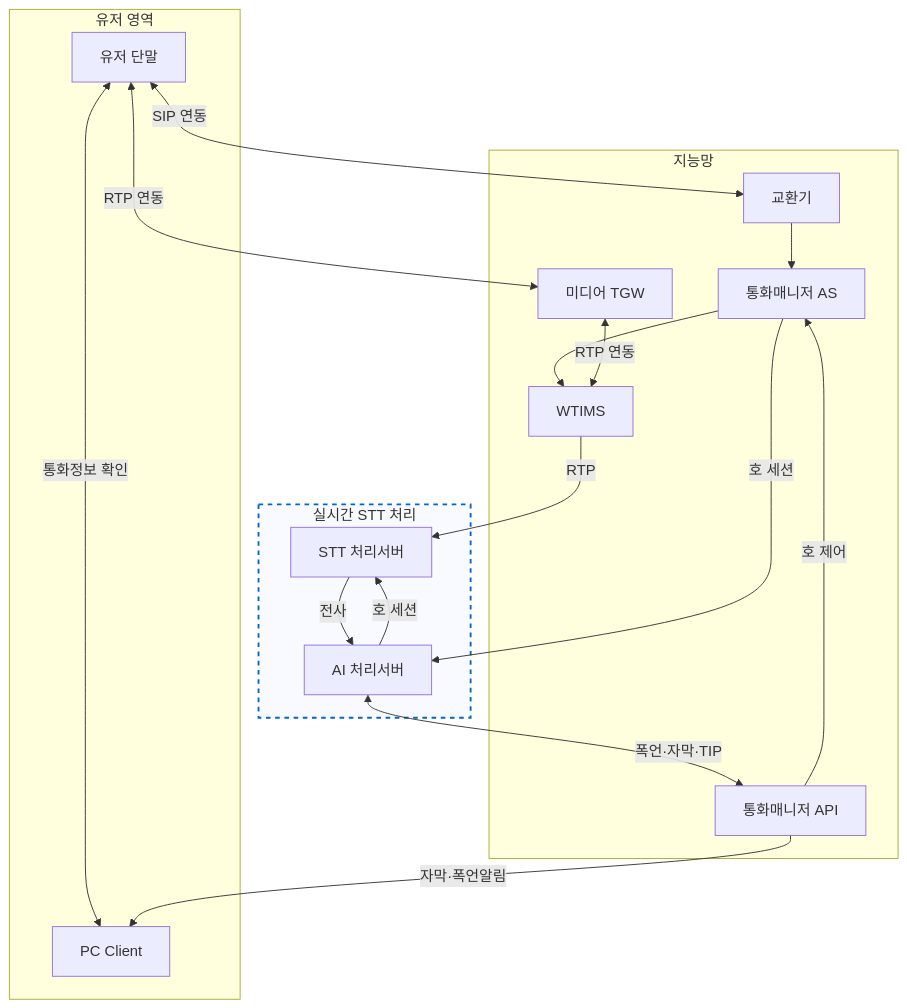
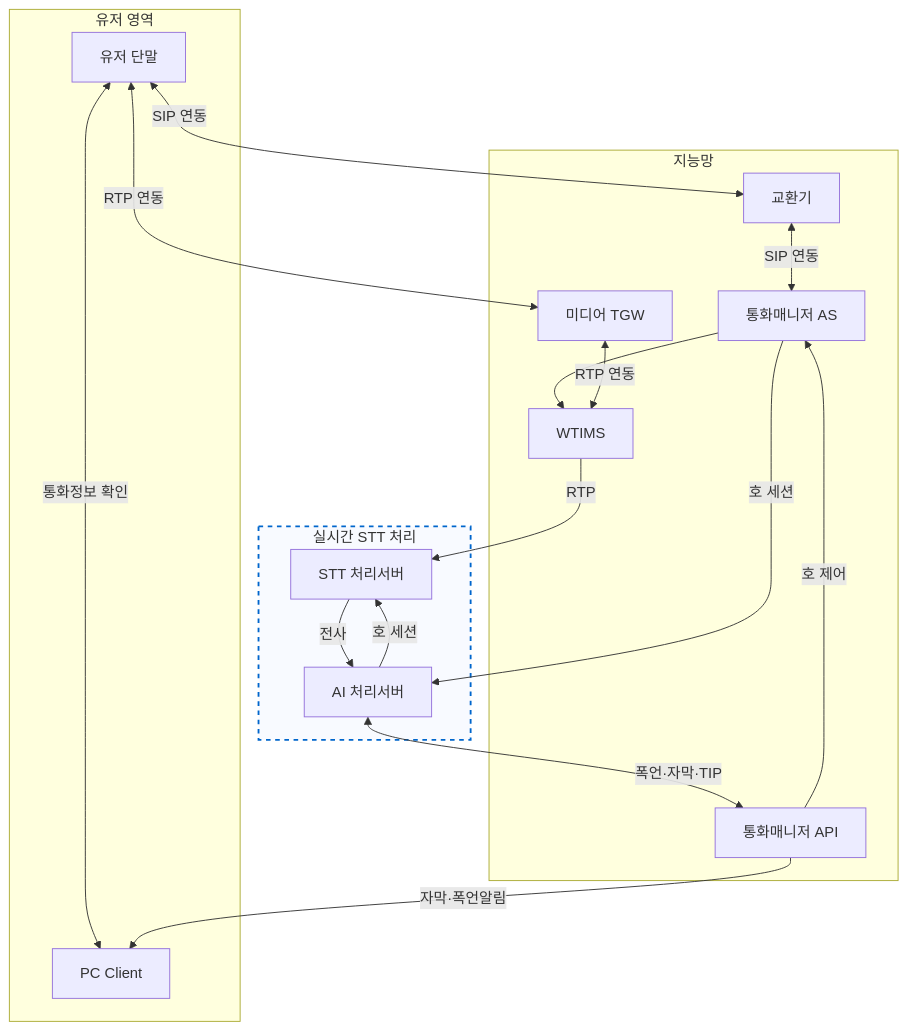
Before and after one commit to hak023/sip_pbx: the diagram in docs/architecture/stt-agent-integration-options.md, drawn with Mermaid.

Commit message:
docs: Add SIP linkage between EX and CM

````diff
--- a/docs/architecture/stt-agent-integration-options.md
+++ b/docs/architecture/stt-agent-integration-options.md
@@ -4,34 +4,34 @@
 ```mermaid
 flowchart TB
     subgraph USER_AREA["유저 영역"]
         USER[유저 단말]
         PC[PC Client]
     end
 
     subgraph CORE["지능망"]
-        EX[교환기] --> CM[통화매니저 AS]
+        EX[교환기] <-->|SIP 연동| CM[통화매니저 AS]
         CM --> WT[WTIMS]
         TGW[미디어 TGW]
         CM_API[통화매니저 API]
     end
 
     subgraph NEW_STT["실시간 STT 처리"]
         style NEW_STT fill:#f8faff,stroke:#0066cc,stroke-width:2px,stroke-dasharray: 5 5
         
         STT[STT 처리서버]
         RT[AI 처리서버]
     end
 
     USER <-->|SIP 연동| EX
     USER <-->|RTP 연동| TGW
     TGW <-->|RTP 연동| WT
     USER <-->|통화정보 확인| PC
 
     CM -->|호 세션| RT
     RT -->|호 세션| STT
     WT -->|RTP| STT
     STT -->|전사| RT
     RT <-->|폭언·자막·TIP| CM_API
     CM_API -->|호 제어| CM
     CM_API -->|자막·폭언알림| PC
 ```
````
